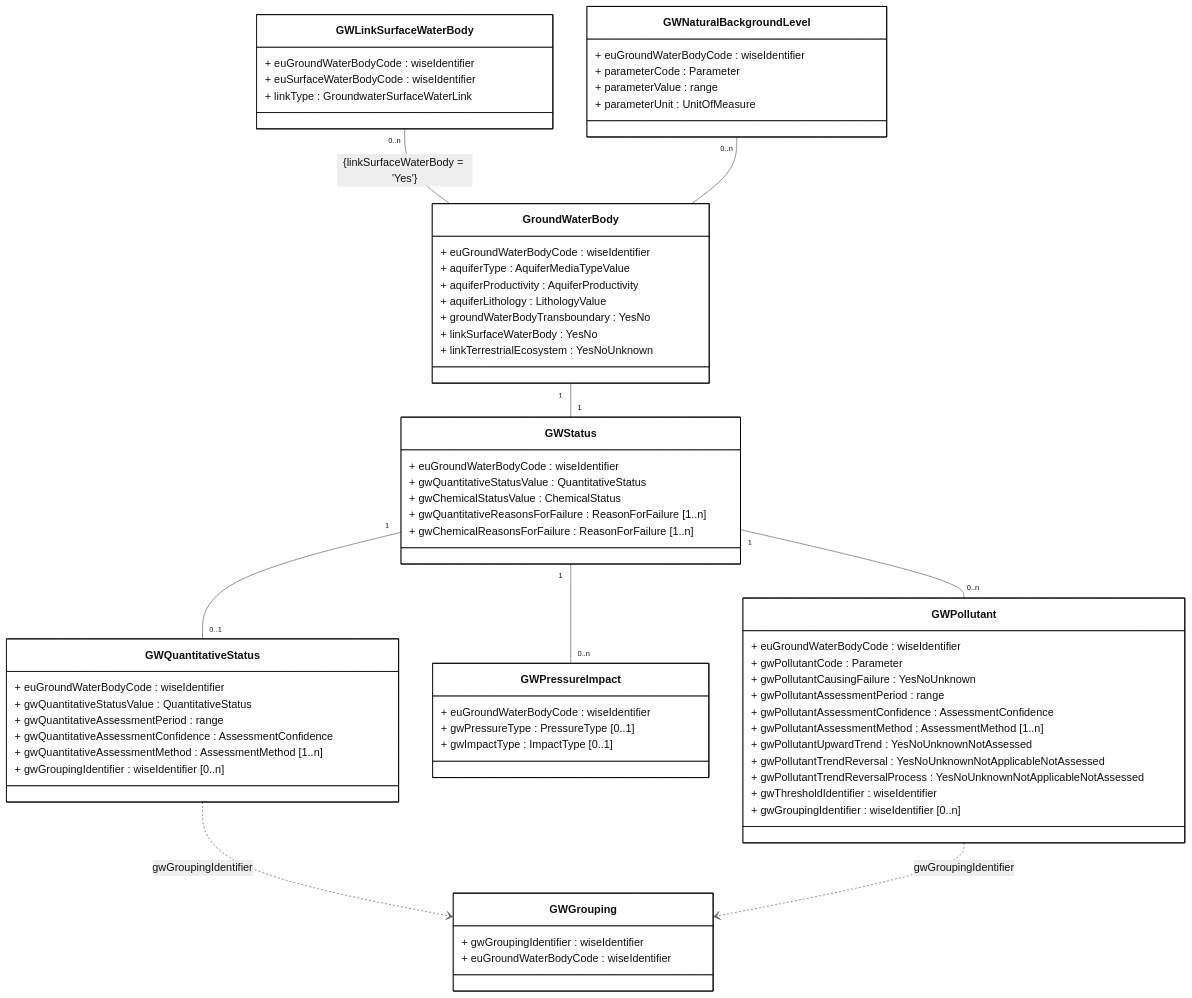
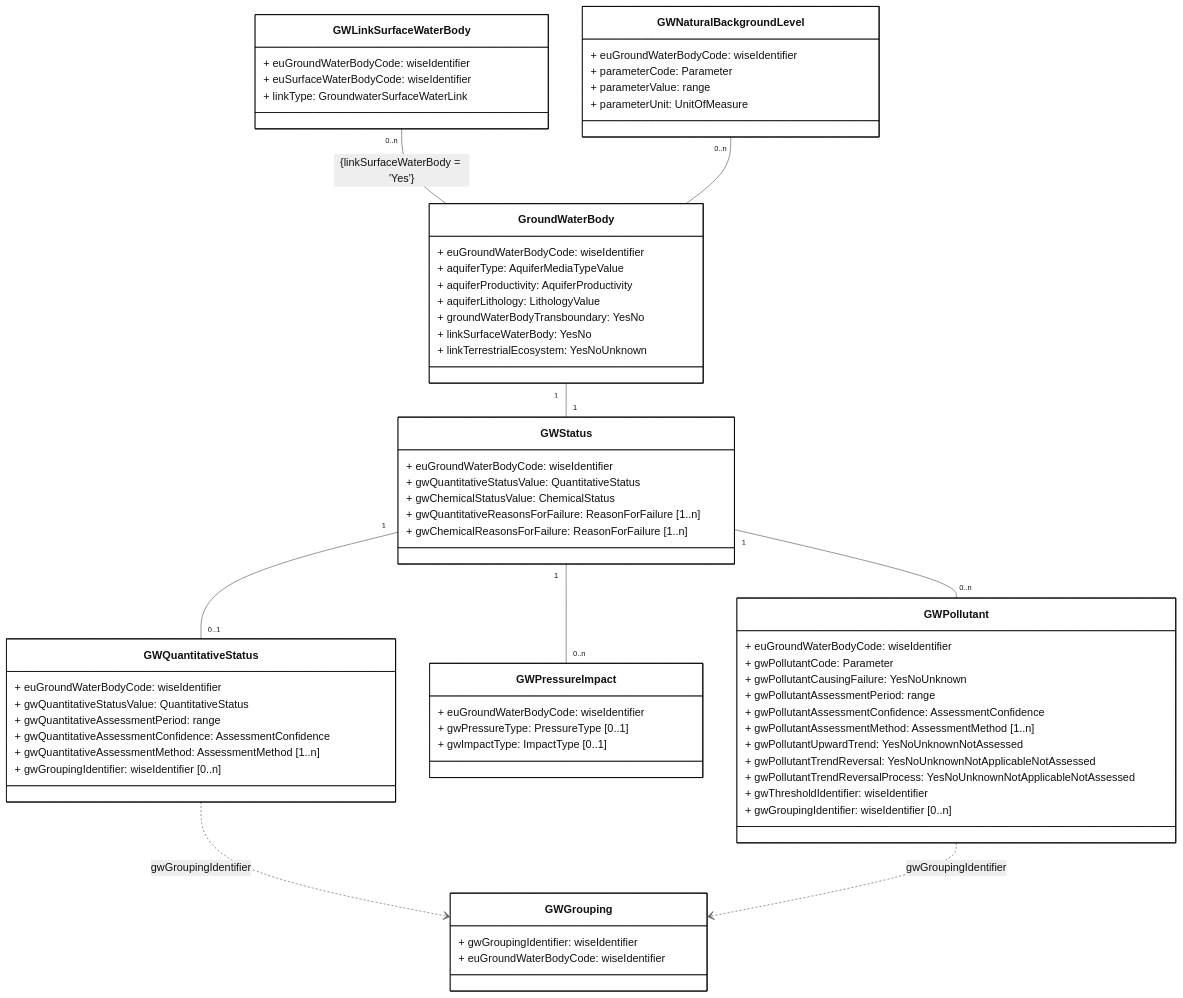
The diagram in docs/DataModelReview/mmd/Groundwater_4thCycle_DescriptiveData_ClassDiagram.mmd (eeadata/WISE.WFD.Documentation), drawn with Mermaid before and after one commit. The commit also changed 49 other files, not shown here.

```diff
--- a/docs/DataModelReview/mmd/Groundwater_4thCycle_DescriptiveData_ClassDiagram.mmd
+++ b/docs/DataModelReview/mmd/Groundwater_4thCycle_DescriptiveData_ClassDiagram.mmd
@@ -1,98 +1,98 @@
 ---
 config:
   class:
     hideEmptyMembersBox: true
   layout: dagre
   theme: neutral
   themeVariables:
     noteBkgColor: LightYellow
     noteTextColor: black 
 ---
 classDiagram
 direction TB
 
 class GWLinkSurfaceWaterBody{
-    + euGroundWaterBodyCode : wiseIdentifier
-    + euSurfaceWaterBodyCode : wiseIdentifier
-    + linkType : GroundwaterSurfaceWaterLink
+    + euGroundWaterBodyCode: wiseIdentifier
+    + euSurfaceWaterBodyCode: wiseIdentifier
+    + linkType: GroundwaterSurfaceWaterLink
 }
 
 class GWNaturalBackgroundLevel{
-    + euGroundWaterBodyCode : wiseIdentifier
-    + parameterCode : Parameter
-    + parameterValue : range  
-    + parameterUnit : UnitOfMeasure
+    + euGroundWaterBodyCode: wiseIdentifier
+    + parameterCode: Parameter
+    + parameterValue: range  
+    + parameterUnit: UnitOfMeasure
 }
 
 class GroundWaterBody{
-    + euGroundWaterBodyCode : wiseIdentifier
-    + aquiferType : AquiferMediaTypeValue
-    + aquiferProductivity : AquiferProductivity
-    + aquiferLithology : LithologyValue
-    + groundWaterBodyTransboundary : YesNo
-    + linkSurfaceWaterBody : YesNo
-    + linkTerrestrialEcosystem : YesNoUnknown
+    + euGroundWaterBodyCode: wiseIdentifier
+    + aquiferType: AquiferMediaTypeValue
+    + aquiferProductivity: AquiferProductivity
+    + aquiferLithology: LithologyValue
+    + groundWaterBodyTransboundary: YesNo
+    + linkSurfaceWaterBody: YesNo
+    + linkTerrestrialEcosystem: YesNoUnknown
 }
 
 class GWQuantitativeStatus{
-    + euGroundWaterBodyCode : wiseIdentifier
-    + gwQuantitativeStatusValue : QuantitativeStatus
-    + gwQuantitativeAssessmentPeriod : range
-    + gwQuantitativeAssessmentConfidence : AssessmentConfidence
-    + gwQuantitativeAssessmentMethod : AssessmentMethod [1..n]
-    + gwGroupingIdentifier : wiseIdentifier [0..n]
+    + euGroundWaterBodyCode: wiseIdentifier
+    + gwQuantitativeStatusValue: QuantitativeStatus
+    + gwQuantitativeAssessmentPeriod: range
+    + gwQuantitativeAssessmentConfidence: AssessmentConfidence
+    + gwQuantitativeAssessmentMethod: AssessmentMethod [1..n]
+    + gwGroupingIdentifier: wiseIdentifier [0..n]
 }
 
 class GWPressureImpact{
-    + euGroundWaterBodyCode : wiseIdentifier
-    + gwPressureType : PressureType [0..1]
-    + gwImpactType : ImpactType  [0..1]
+    + euGroundWaterBodyCode: wiseIdentifier
+    + gwPressureType: PressureType [0..1]
+    + gwImpactType: ImpactType  [0..1]
 }
 
 class GWStatus{
     
-    + euGroundWaterBodyCode : wiseIdentifier
-    + gwQuantitativeStatusValue : QuantitativeStatus
-    + gwChemicalStatusValue : ChemicalStatus
+    + euGroundWaterBodyCode: wiseIdentifier
+    + gwQuantitativeStatusValue: QuantitativeStatus
+    + gwChemicalStatusValue: ChemicalStatus
 
-    + gwQuantitativeReasonsForFailure : ReasonForFailure [1..n]
-    + gwChemicalReasonsForFailure : ReasonForFailure [1..n]
+    + gwQuantitativeReasonsForFailure: ReasonForFailure [1..n]
+    + gwChemicalReasonsForFailure: ReasonForFailure [1..n]
 } 
 
 class GWPollutant{
-    + euGroundWaterBodyCode : wiseIdentifier
-    + gwPollutantCode : Parameter
+    + euGroundWaterBodyCode: wiseIdentifier
+    + gwPollutantCode: Parameter
 
-    + gwPollutantCausingFailure : YesNoUnknown
-    + gwPollutantAssessmentPeriod : range
-    + gwPollutantAssessmentConfidence : AssessmentConfidence 
-    + gwPollutantAssessmentMethod : AssessmentMethod [1..n]
+    + gwPollutantCausingFailure: YesNoUnknown
+    + gwPollutantAssessmentPeriod: range
+    + gwPollutantAssessmentConfidence: AssessmentConfidence 
+    + gwPollutantAssessmentMethod: AssessmentMethod [1..n]
 
-    + gwPollutantUpwardTrend : YesNoUnknownNotAssessed
-    + gwPollutantTrendReversal : YesNoUnknownNotApplicableNotAssessed
-    + gwPollutantTrendReversalProcess : YesNoUnknownNotApplicableNotAssessed
+    + gwPollutantUpwardTrend: YesNoUnknownNotAssessed
+    + gwPollutantTrendReversal: YesNoUnknownNotApplicableNotAssessed
+    + gwPollutantTrendReversalProcess: YesNoUnknownNotApplicableNotAssessed
 
-    + gwThresholdIdentifier : wiseIdentifier
-    + gwGroupingIdentifier : wiseIdentifier [0..n]
+    + gwThresholdIdentifier: wiseIdentifier
+    + gwGroupingIdentifier: wiseIdentifier [0..n]
 }
 
 class GWGrouping{
-    + gwGroupingIdentifier : wiseIdentifier
-    + euGroundWaterBodyCode : wiseIdentifier
+    + gwGroupingIdentifier: wiseIdentifier
+    + euGroundWaterBodyCode: wiseIdentifier
 }
 
 GroundWaterBody "1" -- "1" GWStatus    
 GWStatus "1" -- "0..1" GWQuantitativeStatus
 GWStatus "1" -- "0..n" GWPollutant
 GWStatus "1" -- "0..n" GWPressureImpact
 
-GWQuantitativeStatus ..> GWGrouping : gwGroupingIdentifier
-GWPollutant ..> GWGrouping : gwGroupingIdentifier
+GWQuantitativeStatus ..> GWGrouping: gwGroupingIdentifier
+GWPollutant ..> GWGrouping: gwGroupingIdentifier
 
-GWLinkSurfaceWaterBody "0..n" -- GroundWaterBody : {linkSurfaceWaterBody = 'Yes'}
+GWLinkSurfaceWaterBody "0..n" -- GroundWaterBody: {linkSurfaceWaterBody = 'Yes'}
 GWNaturalBackgroundLevel "0..n" -- GroundWaterBody
 
 %% note for GWPollutant "GroundwaterMethodologies::ThresholdValue.gwThresholdIdentifier"
 
 classDef default fill:white,stroke:#000;
 classDef forFixing fill:white,stroke:#f00;
```
